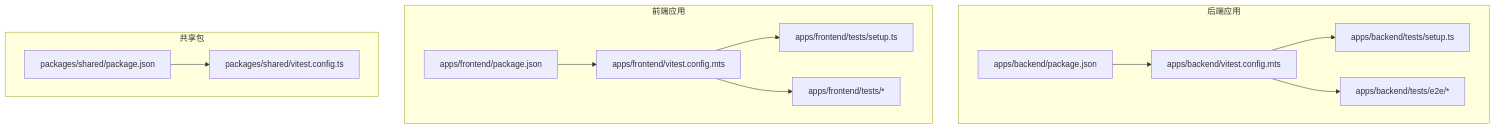
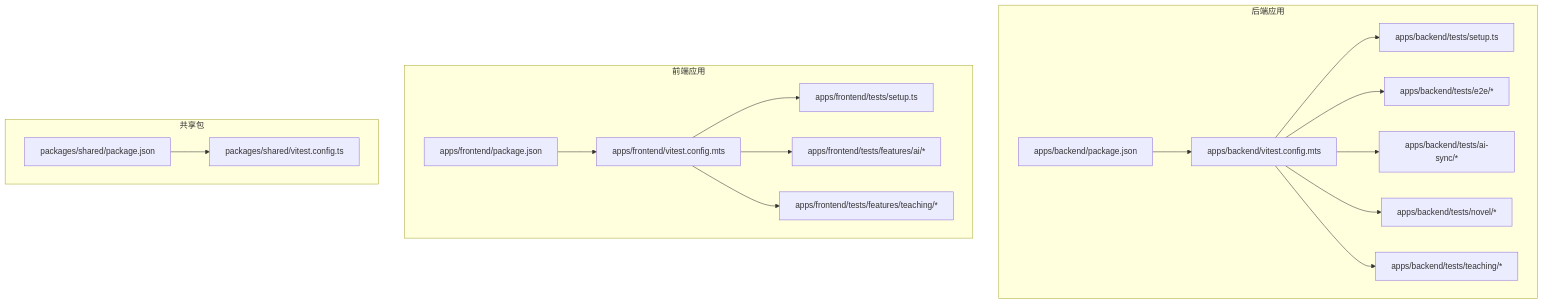
The first of 9 diagrams in .qoder/repowiki/zh/content/开发指南/测试策略与实践.md (xixixiaoyu/Todo), drawn with Mermaid before and after one commit. The commit also changed other lines of this file and 12 other files, not shown here.

````diff
--- a/.qoder/repowiki/zh/content/开发指南/测试策略与实践.md
+++ b/.qoder/repowiki/zh/content/开发指南/测试策略与实践.md
@@ -41,26 +62,34 @@
 ```mermaid
 graph TB
 subgraph "后端应用"
 BE_PKG["apps/backend/package.json"]
 BE_VITEST["apps/backend/vitest.config.mts"]
 BE_SETUP["apps/backend/tests/setup.ts"]
 BE_E2E["apps/backend/tests/e2e/*"]
+BE_AI_SYNC["apps/backend/tests/ai-sync/*"]
+BE_NOVEL["apps/backend/tests/novel/*"]
+BE_TEACHING["apps/backend/tests/teaching/*"]
 end
 subgraph "前端应用"
 FE_PKG["apps/frontend/package.json"]
 FE_VITEST["apps/frontend/vitest.config.mts"]
 FE_SETUP["apps/frontend/tests/setup.ts"]
-FE_TESTS["apps/frontend/tests/*"]
+FE_AI["apps/frontend/tests/features/ai/*"]
+FE_TEACHING["apps/frontend/tests/features/teaching/*"]
 end
 subgraph "共享包"
 SH_PKG["packages/shared/package.json"]
 SH_VITEST["packages/shared/vitest.config.ts"]
 end
 BE_PKG --> BE_VITEST
 BE_VITEST --> BE_SETUP
 BE_VITEST --> BE_E2E
+BE_VITEST --> BE_AI_SYNC
+BE_VITEST --> BE_NOVEL
+BE_VITEST --> BE_TEACHING
 FE_PKG --> FE_VITEST
 FE_VITEST --> FE_SETUP
-FE_VITEST --> FE_TESTS
+FE_VITEST --> FE_AI
+FE_VITEST --> FE_TEACHING
 SH_PKG --> SH_VITEST
 ```
````
